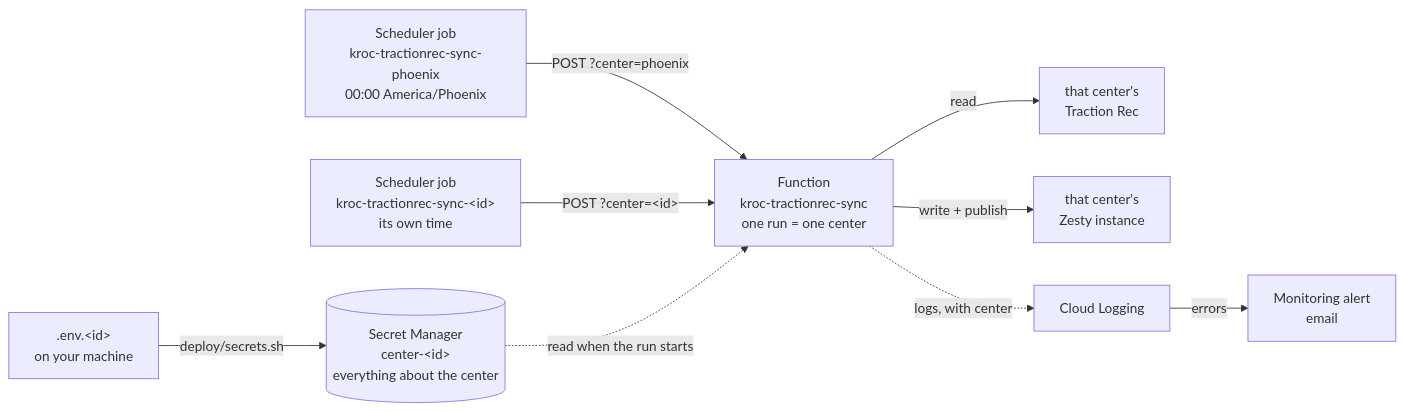
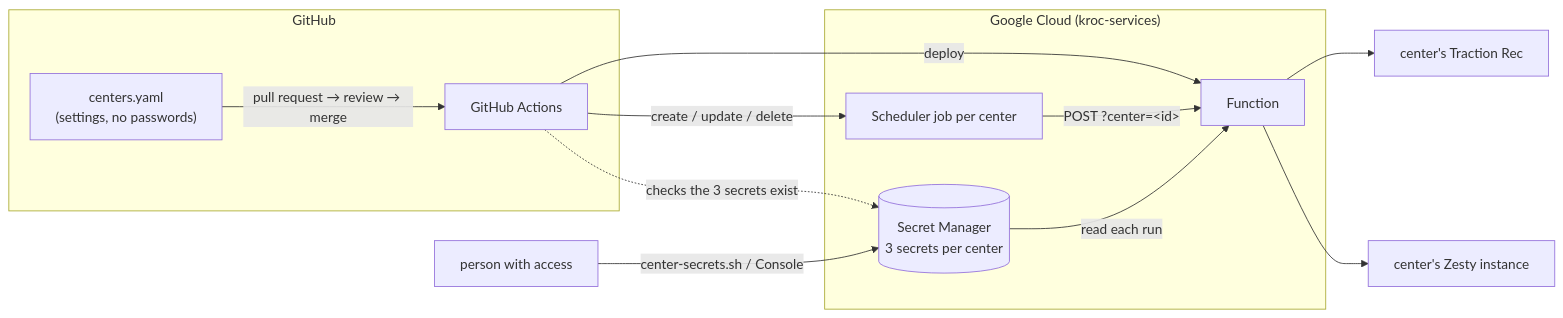
Before and after one commit to TSAUSN/Tractionrec-Sync-Services: the diagram in deploy/README.md, drawn with Mermaid. The commit also changed other lines of this file and 18 other files, not shown here.

First line of the commit message:
Center registry: centers.yaml + three secrets per center, deployed from GitHub Actions

````diff
--- a/deploy/README.md
+++ b/deploy/README.md
@@ -13,11 +13,17 @@
 ```mermaid
 flowchart LR
-  S1["Scheduler job<br/>kroc-tractionrec-sync-phoenix<br/>00:00 America/Phoenix"] -- "POST ?center=phoenix" --> F
-  S2["Scheduler job<br/>kroc-tractionrec-sync-&lt;id&gt;<br/>its own time"] -- "POST ?center=&lt;id&gt;" --> F
-  F["Function<br/>kroc-tractionrec-sync<br/>one run = one center"]
-  E[".env.&lt;id&gt;<br/>on your machine"] -- "deploy/secrets.sh" --> SM
-  SM[("Secret Manager<br/>center-&lt;id&gt;<br/>everything about the center")] -. "read when the run starts" .-> F
-  F -- "read" --> TR["that center's<br/>Traction Rec"]
-  F -- "write + publish" --> Z["that center's<br/>Zesty instance"]
-  F -. "logs, with center" .-> L["Cloud Logging"] -- "errors" --> M["Monitoring alert<br/>email"]
+  subgraph GitHub
+    Y["centers.yaml<br/>(settings, no passwords)"] -- "pull request → review → merge" --> GA["GitHub Actions"]
+  end
+  subgraph "Google Cloud (kroc-services)"
+    GA -- "deploy" --> FN["Function"]
+    GA -- "create / update / delete" --> J["Scheduler job per center"]
+    GA -. "checks the 3 secrets exist" .-> SM
+    SM[("Secret Manager<br/>3 secrets per center")]
+    J -- "POST ?center=&lt;id&gt;" --> FN
+    SM -- "read each run" --> FN
+  end
+  P["person with access"] -- "center-secrets.sh / Console" --> SM
+  FN --> TR["center's Traction Rec"]
+  FN --> Z["center's Zesty instance"]
 ```
````
